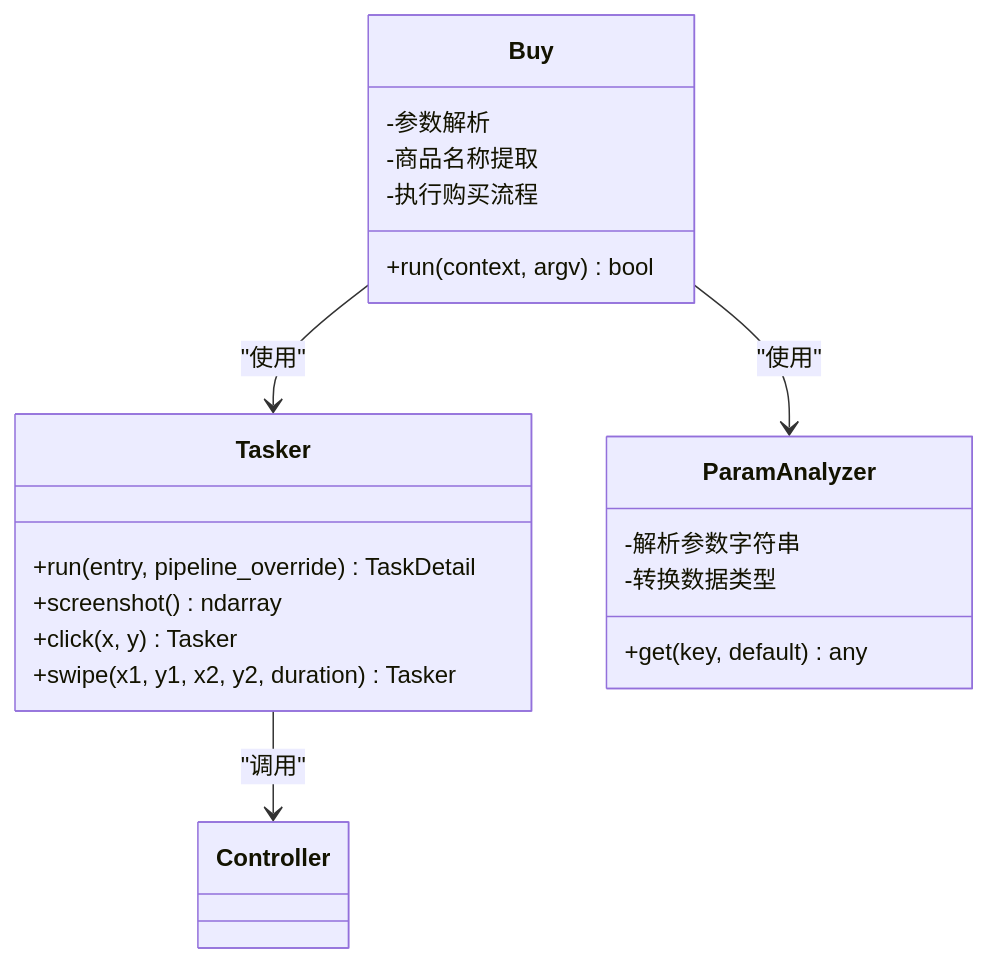
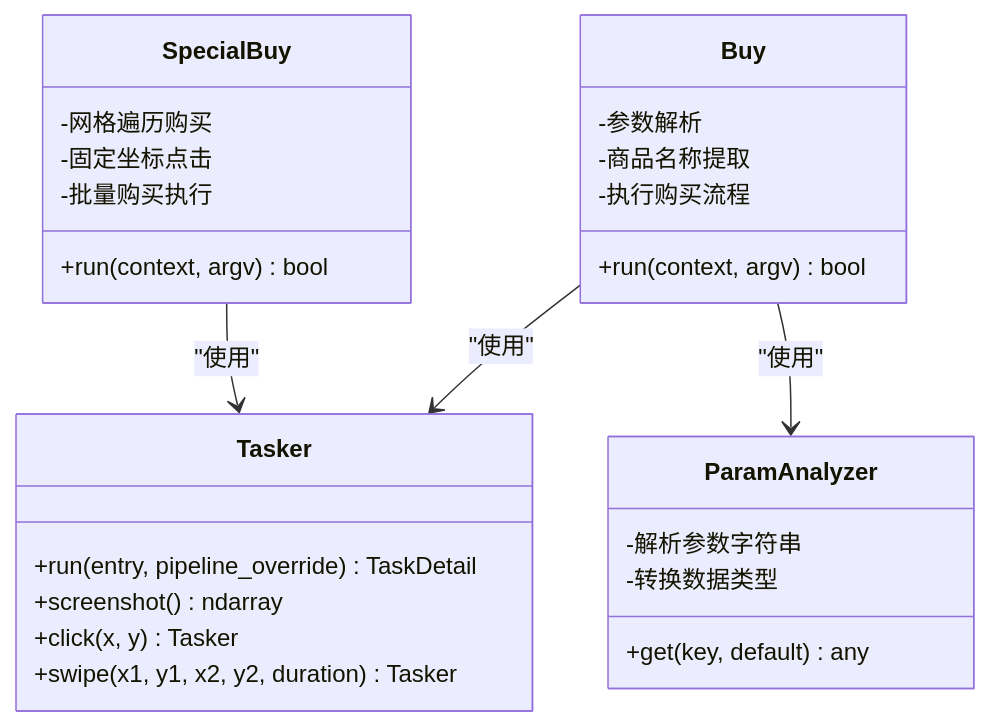
Before and after one commit to kqcoxn/MaaDuDuL: the third of 12 diagrams in .qoder/repowiki/zh/content/核心功能详解/日常任务功能/每日采购功能.md, drawn with Mermaid. The commit also changed other lines of this file and 12 other files, not shown here.

````diff
--- a/.qoder/repowiki/zh/content/核心功能详解/日常任务功能/每日采购功能.md
+++ b/.qoder/repowiki/zh/content/核心功能详解/日常任务功能/每日采购功能.md
@@ -157,23 +174,29 @@
 ```mermaid
 classDiagram
 class Buy {
 +run(context, argv) bool
 -参数解析
 -商品名称提取
 -执行购买流程
+}
+class SpecialBuy {
++run(context, argv) bool
+-网格遍历购买
+-固定坐标点击
+-批量购买执行
 }
 class Tasker {
 +run(entry, pipeline_override) TaskDetail
 +screenshot() ndarray
 +click(x, y) Tasker
 +swipe(x1, y1, x2, y2, duration) Tasker
 }
 class ParamAnalyzer {
 +get(key, default) any
 -解析参数字符串
 -转换数据类型
 }
 Buy --> Tasker : "使用"
+SpecialBuy --> Tasker : "使用"
 Buy --> ParamAnalyzer : "使用"
-Tasker --> Controller : "调用"
 ```
````
